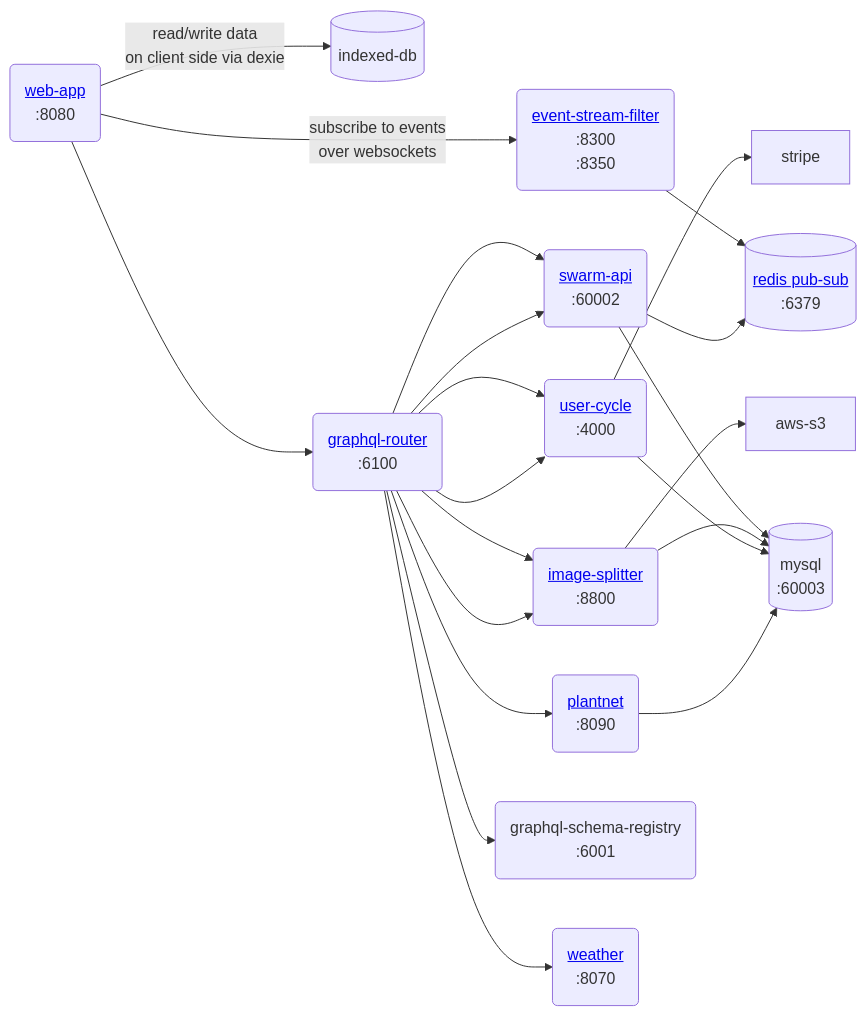
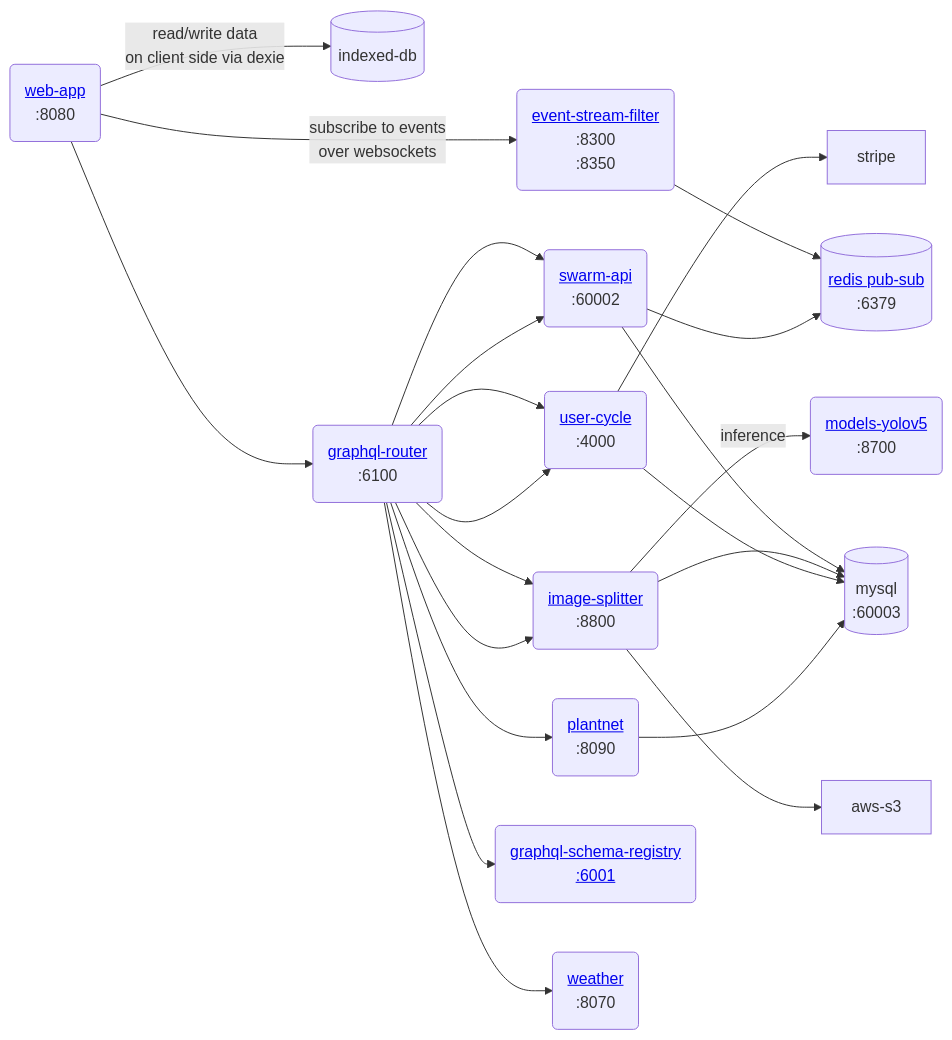
The diagram in README.md (Gratheon/web-app), drawn with Mermaid before and after one commit. The commit also changed 7 other files, not shown here.

````diff
--- a/README.md
+++ b/README.md
@@ -9,17 +9,18 @@
 ```mermaid
 flowchart LR
     web-app --"read/write data \n on client side via dexie"--> indexed-db[(indexed-db)]
     web-app("<a href='https://github.com/Gratheon/web-app'>web-app</a>\n:8080") --> graphql-router
     web-app --"subscribe to events\n over websockets"--> event-stream-filter("<a href='https://github.com/Gratheon/event-stream-filter'>event-stream-filter</a>\n:8300\n:8350") --> redis
 
     graphql-router("<a href='https://github.com/Gratheon/graphql-router'>graphql-router</a>\n :6100") --> swarm-api("<a href='https://github.com/Gratheon/swarm-api'>swarm-api</a>\n:60002") --> mysql[(mysql\n:60003)]
     graphql-router --> swarm-api --> redis[("<a href='https://github.com/Gratheon/redis'>redis pub-sub</a>\n:6379")]
 
     graphql-router --> image-splitter("<a href='https://github.com/Gratheon/image-splitter'>image-splitter</a>\n:8800") --> mysql
     graphql-router --> image-splitter --> aws-s3
+    image-splitter --"inference"--> models-yolov5("<a href='https://github.com/Gratheon/models-yolov5'>models-yolov5</a>\n:8700")
     graphql-router --> user-cycle("<a href='https://github.com/Gratheon/user-cycle'>user-cycle</a>\n:4000") --> mysql
     graphql-router --> user-cycle --> stripe
     graphql-router --> plantnet("<a href='https://github.com/Gratheon/plantnet'>plantnet</a>\n:8090") --> mysql
-    graphql-router --> graphql-schema-registry("graphql-schema-registry\n:6001")
+    graphql-router --> graphql-schema-registry("<a href='https://github.com/tot-ra/graphql-schema-registry'>graphql-schema-registry</a>\n<a href='http://localhost:6001/'>:6001</a>\n")
     graphql-router --> weather("<a href='https://github.com/Gratheon/weather'>weather</a>\n:8070")
 ```
````
